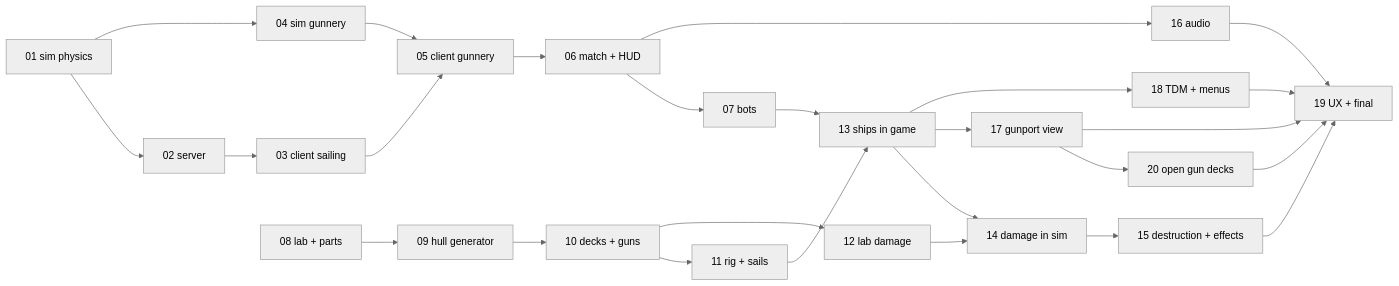
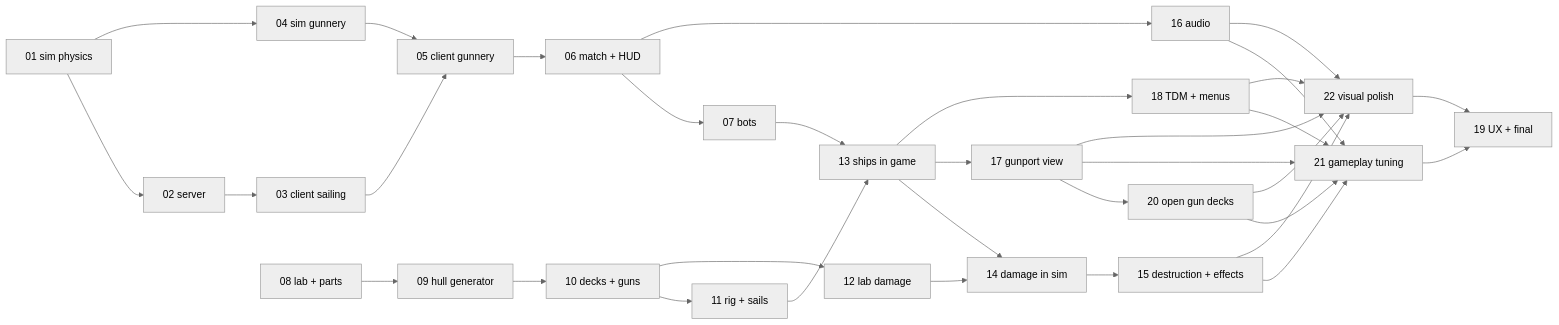
One commit to JoelEmanuelNilsson/brickwake changed the diagram in .scratch/brickwake/map.md. Above: the diagram before and after it, drawn with Mermaid (neutral theme). The commit also changed other lines of this file and 3 other files, not shown here.

Commit message:
docs: split the final pass into tuning, polish and UX tickets

````diff
--- a/.scratch/brickwake/map.md
+++ b/.scratch/brickwake/map.md
@@ -39,14 +39,15 @@
 ```mermaid
 flowchart LR
   01[01 sim physics] --> 02[02 server] --> 03[03 client sailing] --> 05[05 client gunnery]
   01 --> 04[04 sim gunnery] --> 05
   05 --> 06[06 match + HUD] --> 07[07 bots] --> 13
   06 --> 16[16 audio]
   08[08 lab + parts] --> 09[09 hull generator] --> 10[10 decks + guns] --> 11[11 rig + sails] --> 13[13 ships in game]
   10 --> 12[12 lab damage] --> 14
   13 --> 14[14 damage in sim] --> 15[15 destruction + effects]
   13 --> 17[17 gunport view]
   13 --> 18[18 TDM + menus]
   17 --> 20[20 open gun decks]
-  15 & 16 & 17 & 18 & 20 --> 19[19 UX + final]
+  15 & 16 & 17 & 18 & 20 --> 21[21 gameplay tuning] & 22[22 visual polish]
+  21 & 22 --> 19[19 UX + final]
 ```
````
